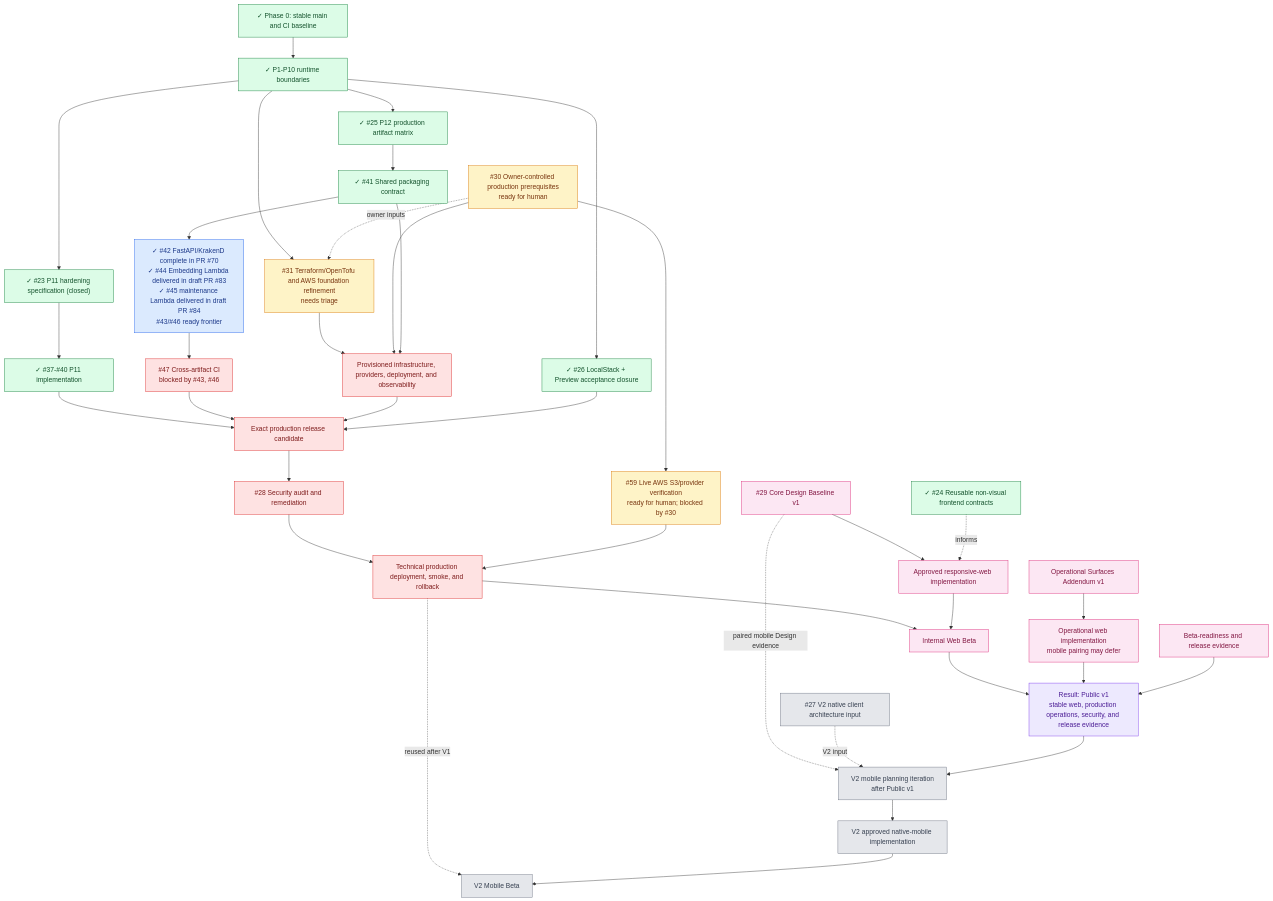
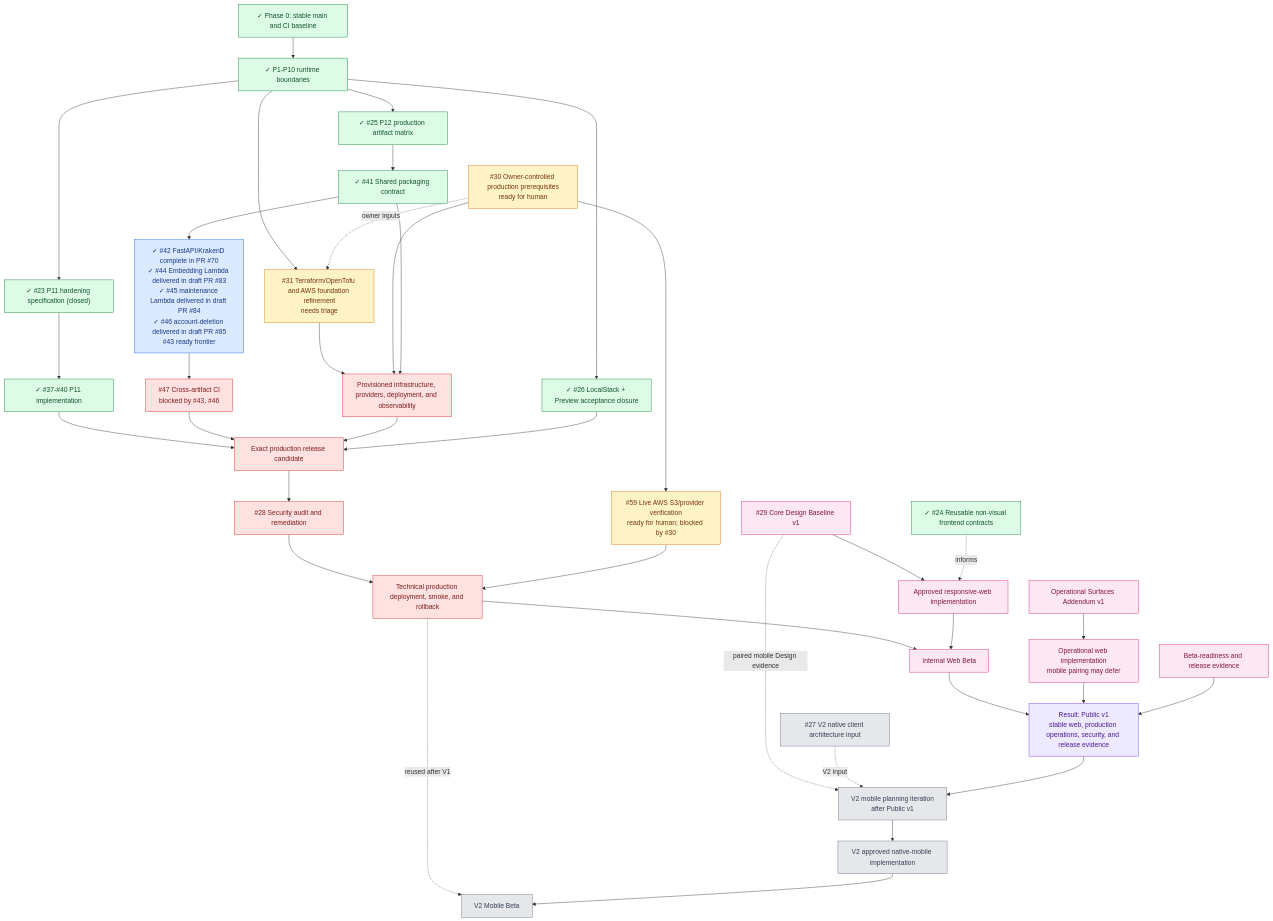
Before and after one commit to starkovalera/recipe-manager: the third of 3 diagrams in docs/roadmap.md, drawn with Mermaid. The commit also changed other lines of this file and 11 other files, not shown here.

First line of the commit message:
feat(infra): add account-deletion Lambda production artifact (#46) (#85)

```diff
--- a/docs/roadmap.md
+++ b/docs/roadmap.md
@@ -188,7 +188,7 @@
   p11Implementation["✓ #37-#40 P11 implementation"]
   p12Spec["✓ #25 P12 production artifact matrix"]
   p12Shared["✓ #41 Shared packaging contract"]
-  p12Artifacts["✓ #42 FastAPI/KrakenD complete in PR #70<br/>✓ #44 Embedding Lambda delivered in draft PR #83<br/>✓ #45 maintenance Lambda delivered in draft PR #84<br/>#43/#46 ready frontier"]
+  p12Artifacts["✓ #42 FastAPI/KrakenD complete in PR #70<br/>✓ #44 Embedding Lambda delivered in draft PR #83<br/>✓ #45 maintenance Lambda delivered in draft PR #84<br/>✓ #46 account-deletion delivered in draft PR #85<br/>#43 ready frontier"]
   p12Ci["#47 Cross-artifact CI<br/>blocked by #43, #46"]
   localstack["✓ #26 LocalStack + Preview acceptance closure"]
   liveAws["#59 Live AWS S3/provider verification<br/>ready for human; blocked by #30"]
```
